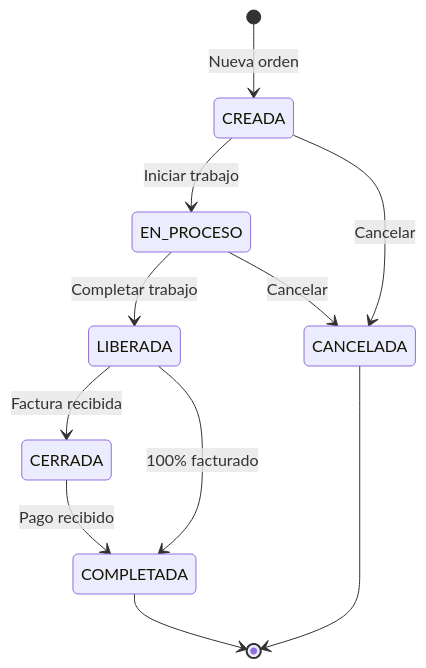
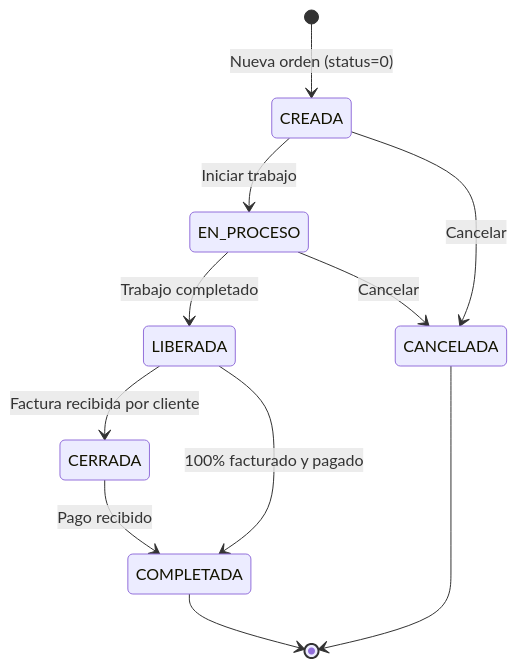
Before and after one commit to Anathema69/MX-VBA: the first of 11 diagrams in docs/05_FLUJOS_TRABAJO.md, drawn with Mermaid. The commit also changed other lines of this file and 32 other files, not shown here.

````diff
--- a/docs/05_FLUJOS_TRABAJO.md
+++ b/docs/05_FLUJOS_TRABAJO.md
@@ -7,18 +7,13 @@
 ```mermaid
 stateDiagram-v2
-    [*] --> CREADA: Nueva orden
-
+    [*] --> CREADA: Nueva orden (status=0)
     CREADA --> EN_PROCESO: Iniciar trabajo
     CREADA --> CANCELADA: Cancelar
-
-    EN_PROCESO --> LIBERADA: Completar trabajo
+    EN_PROCESO --> LIBERADA: Trabajo completado
     EN_PROCESO --> CANCELADA: Cancelar
-
-    LIBERADA --> CERRADA: Factura recibida
-    LIBERADA --> COMPLETADA: 100% facturado
-
+    LIBERADA --> CERRADA: Factura recibida por cliente
+    LIBERADA --> COMPLETADA: 100% facturado y pagado
     CERRADA --> COMPLETADA: Pago recibido
-
     COMPLETADA --> [*]
     CANCELADA --> [*]
 ```
````
